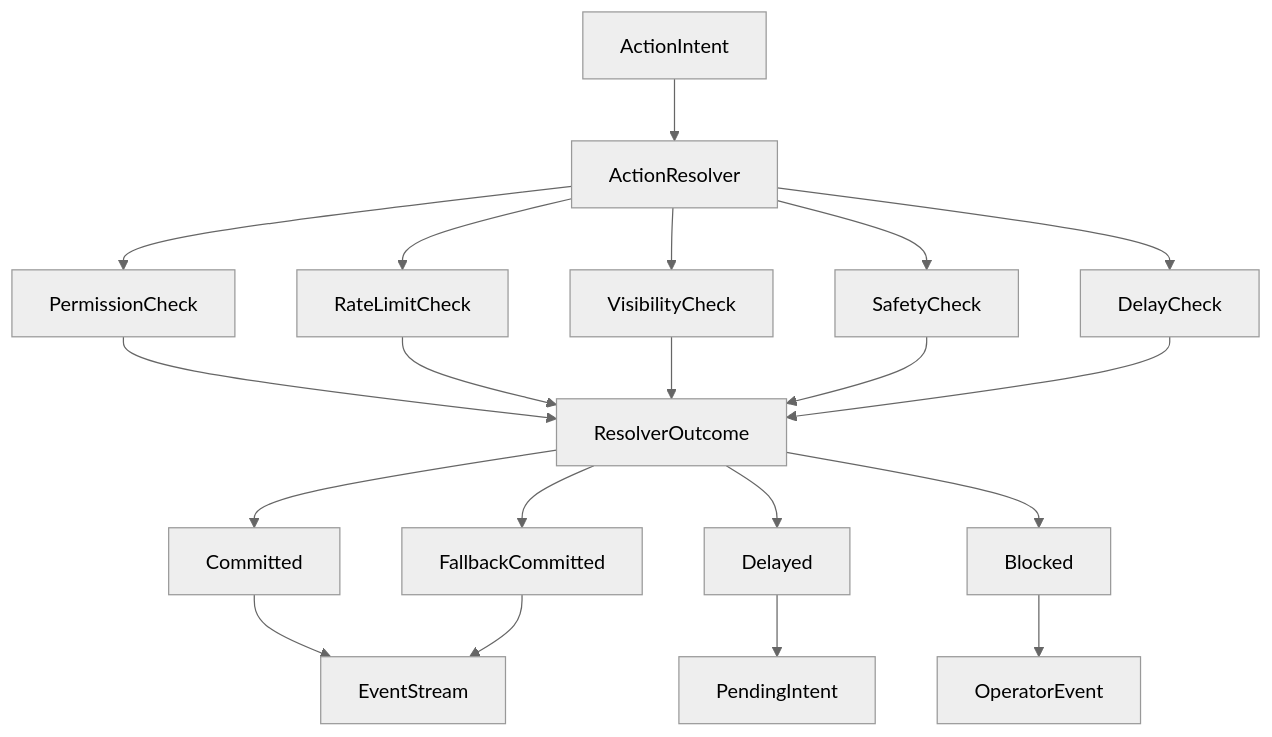
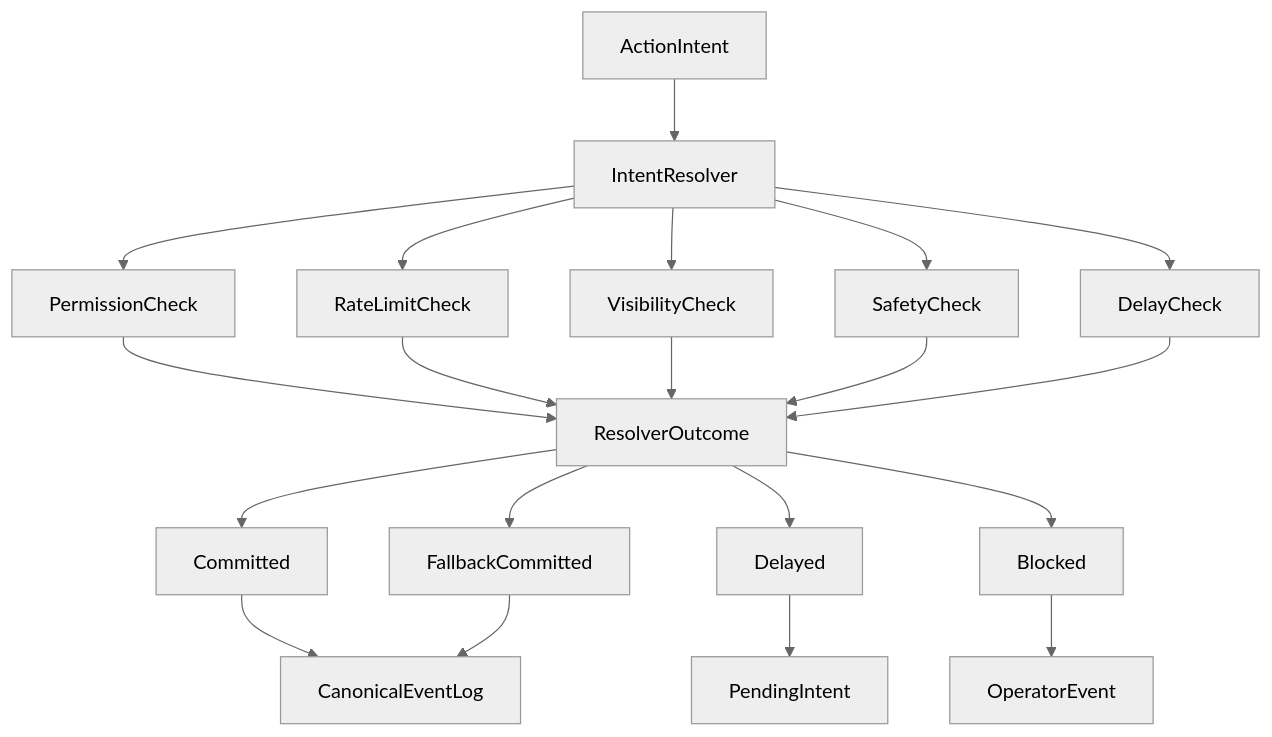
One commit to caiotheodoro/perfectman changed diagram 11 of 19 in docs/architecture/social-presence.md. Above: the diagram before and after it, drawn with Mermaid (neutral theme). The commit also changed other lines of this file and 12 other files, not shown here.

Commit message:
docs: align LLM runtime with delivery architecture

````diff
--- a/docs/architecture/social-presence.md
+++ b/docs/architecture/social-presence.md
@@ -428,22 +436,22 @@
 ```mermaid
 flowchart TD
-    actionIntent[ActionIntent] --> resolver[ActionResolver]
+    actionIntent[ActionIntent] --> resolver[IntentResolver]
     resolver --> permissionCheck[PermissionCheck]
     resolver --> rateLimitCheck[RateLimitCheck]
     resolver --> visibilityCheck[VisibilityCheck]
     resolver --> safetyCheck[SafetyCheck]
     resolver --> delayCheck[DelayCheck]
     permissionCheck --> resolverOutcome[ResolverOutcome]
     rateLimitCheck --> resolverOutcome
     visibilityCheck --> resolverOutcome
     safetyCheck --> resolverOutcome
     delayCheck --> resolverOutcome
     resolverOutcome --> committed[Committed]
     resolverOutcome --> delayed[Delayed]
     resolverOutcome --> blocked[Blocked]
     resolverOutcome --> fallback[FallbackCommitted]
-    committed --> eventStream[EventStream]
+    committed --> eventLog[CanonicalEventLog]
     delayed --> pendingIntent[PendingIntent]
     blocked --> operatorEvent[OperatorEvent]
-    fallback --> eventStream
+    fallback --> eventLog
 ```
````
